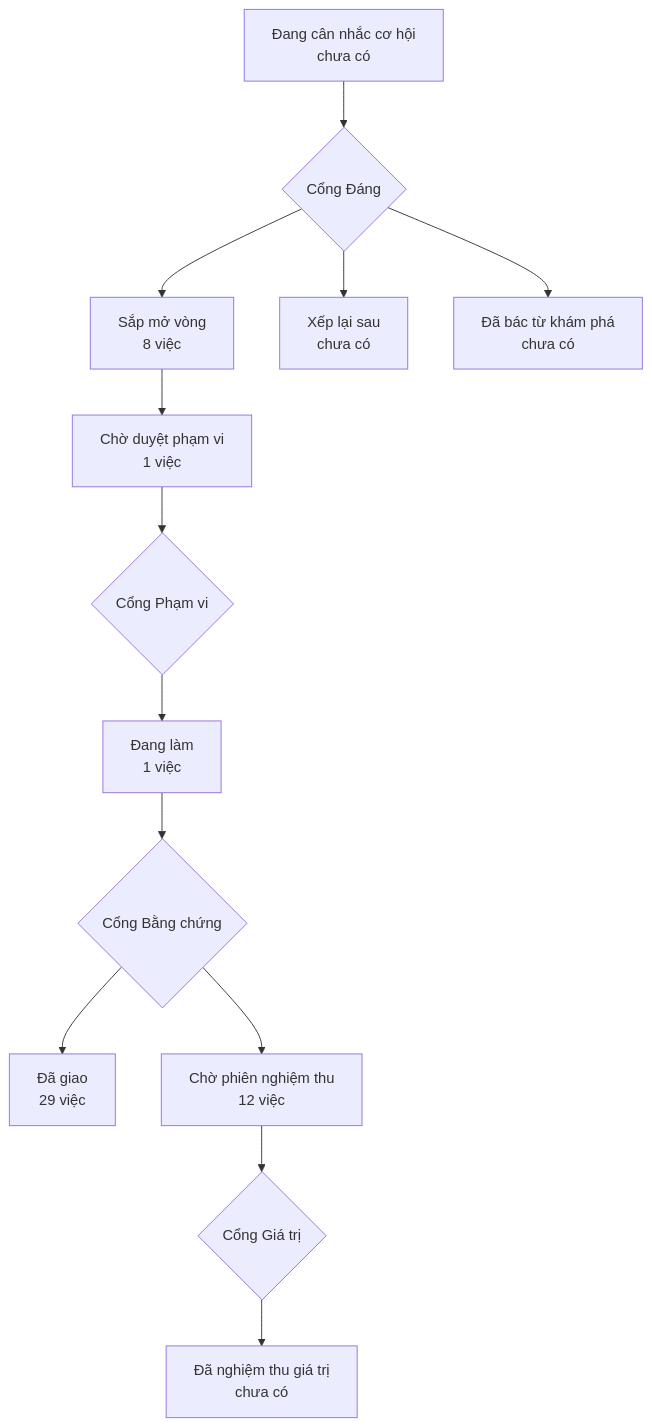
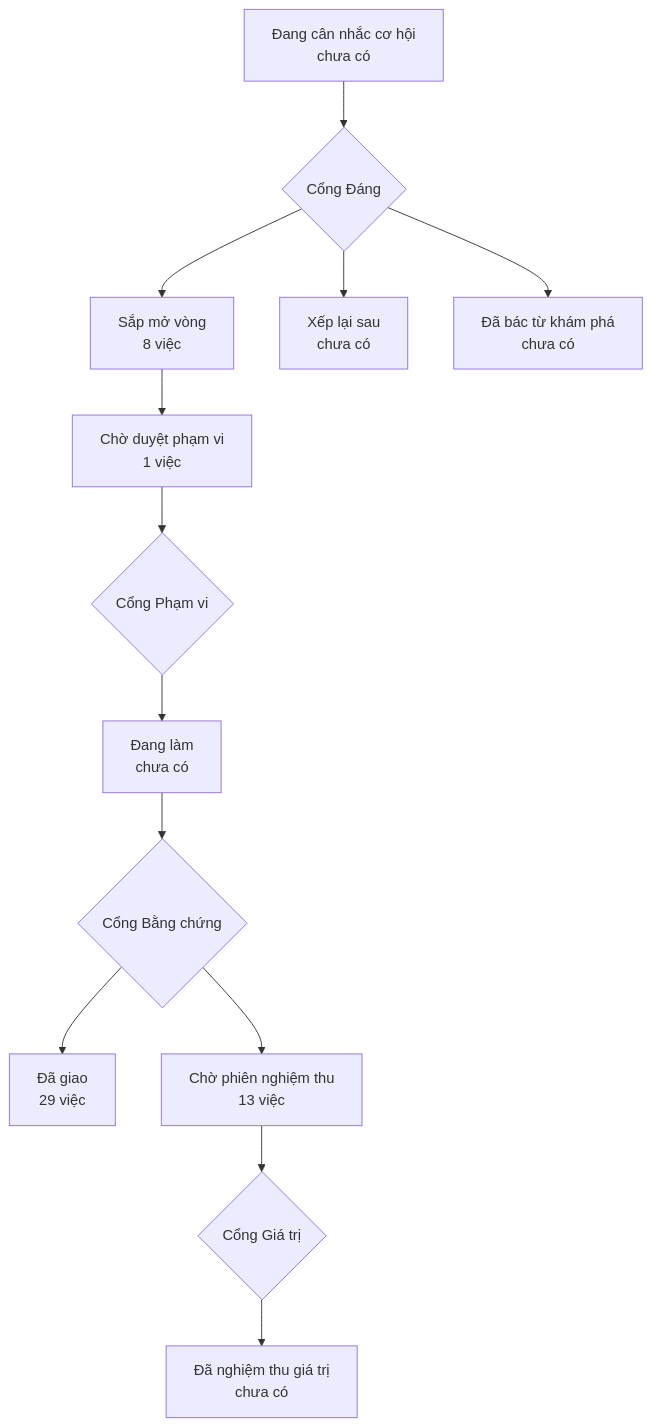
The diagram in PRODUCT-MAP.md (phanlemanh/onehub-invest), drawn with Mermaid before and after one commit. The commit also changed other lines of this file and 4 other files, not shown here.

````diff
--- a/PRODUCT-MAP.md
+++ b/PRODUCT-MAP.md
@@ -7,12 +7,12 @@
 ```mermaid
 flowchart TD
   A["Đang cân nhắc cơ hội<br/>chưa có"] --> GD{"Cổng Đáng"}
   GD --> B["Sắp mở vòng<br/>8 việc"]
   GD --> XL["Xếp lại sau<br/>chưa có"]
   GD --> DB["Đã bác từ khám phá<br/>chưa có"]
   B --> CD["Chờ duyệt phạm vi<br/>1 việc"] --> GP{"Cổng Phạm vi"}
-  GP --> DL["Đang làm<br/>1 việc"] --> GB{"Cổng Bằng chứng"}
+  GP --> DL["Đang làm<br/>chưa có"] --> GB{"Cổng Bằng chứng"}
   GB --> DG["Đã giao<br/>29 việc"]
-  GB --> CN["Chờ phiên nghiệm thu<br/>12 việc"] --> GG{"Cổng Giá trị"}
+  GB --> CN["Chờ phiên nghiệm thu<br/>13 việc"] --> GG{"Cổng Giá trị"}
   GG --> NT["Đã nghiệm thu giá trị<br/>chưa có"]
 ```
````
